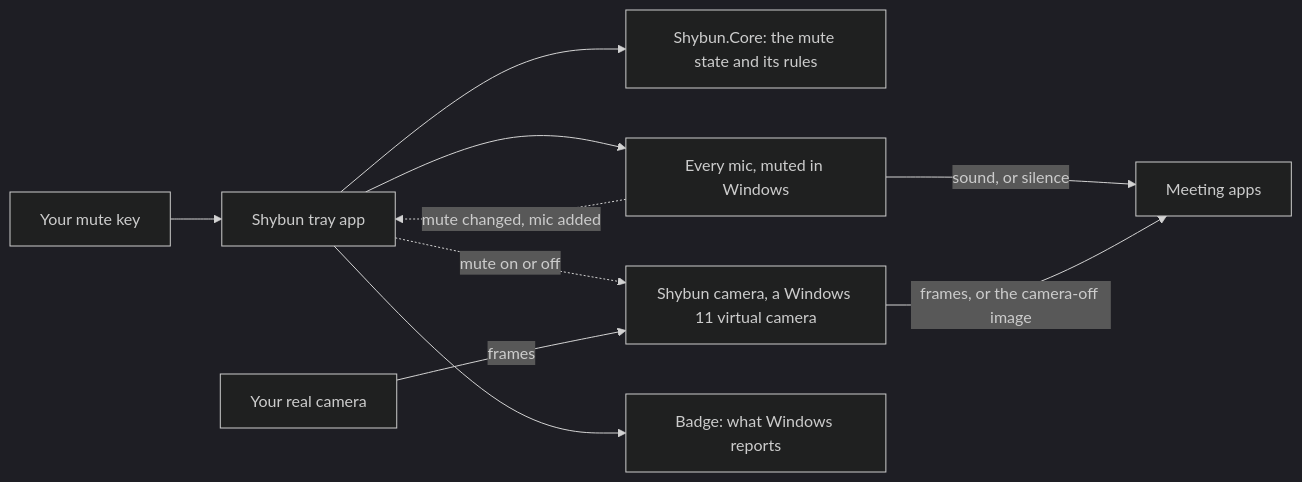
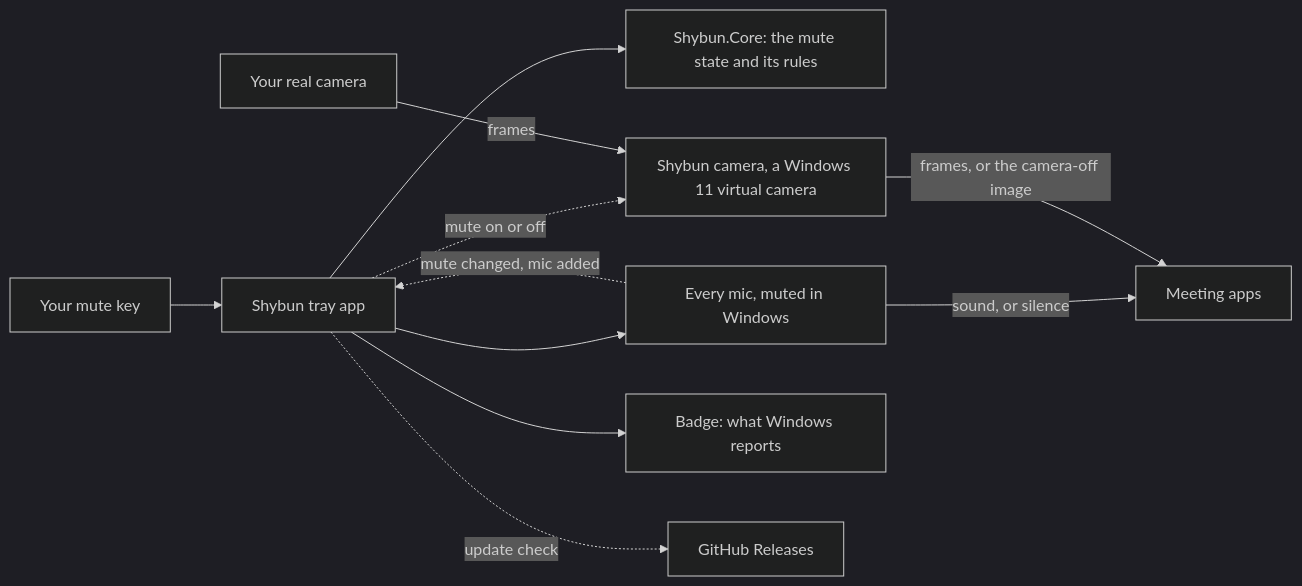
The diagram in README.md (hazeliscoding/shybun), drawn with Mermaid (dark theme) before and after one commit. The commit also changed other lines of this file and 2 other files, not shown here.

Commit message:
docs: allow the update check as the only network call

````diff
--- a/README.md
+++ b/README.md
@@ -54,12 +54,13 @@
 ```mermaid
 flowchart LR
     key["Your mute key"] --> app["Shybun tray app"]
     app --> core["Shybun.Core: the mute state and its rules"]
     app --> mics["Every mic, muted in Windows"]
     app -. "mute on or off" .-> cam["Shybun camera, a Windows 11 virtual camera"]
     real["Your real camera"] -- "frames" --> cam
     mics -. "mute changed, mic added" .-> app
     app --> badge["Badge: what Windows reports"]
     mics -- "sound, or silence" --> meet["Meeting apps"]
     cam -- "frames, or the camera-off image" --> meet
+    app -. "update check" .-> releases["GitHub Releases"]
 ```
````
